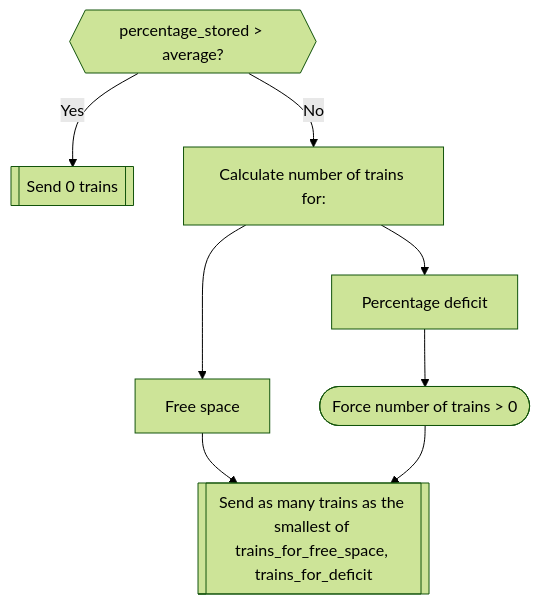
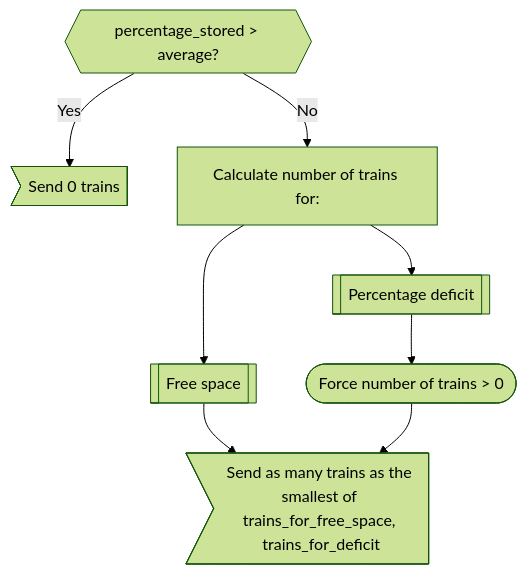
The diagram in train_balancer.mermaid (saxbophone/factorio-train-balancer), drawn with Mermaid (forest theme) before and after one commit. The commit also changed 2 other files, not shown here.

```diff
--- a/train_balancer.mermaid
+++ b/train_balancer.mermaid
@@ -1,7 +1,7 @@
 flowchart TD
     A{{percentage_stored > average?}}
-    A -->|Yes| B[[Send 0 trains]]
+    A -->|Yes| B>Send 0 trains]
     A -->|No| C[Calculate number of trains for:]
-    C --> D[Free space] --> G
-    C --> E[Percentage deficit] --> F([Force number of trains > 0]) --> G
-    G[[Send as many trains as the smallest of trains_for_free_space, trains_for_deficit]]
+    C --> D[[Free space]] --> G
+    C --> E[[Percentage deficit]] --> F([Force number of trains > 0]) --> G
+    G>Send as many trains as the smallest of trains_for_free_space, trains_for_deficit]
```
